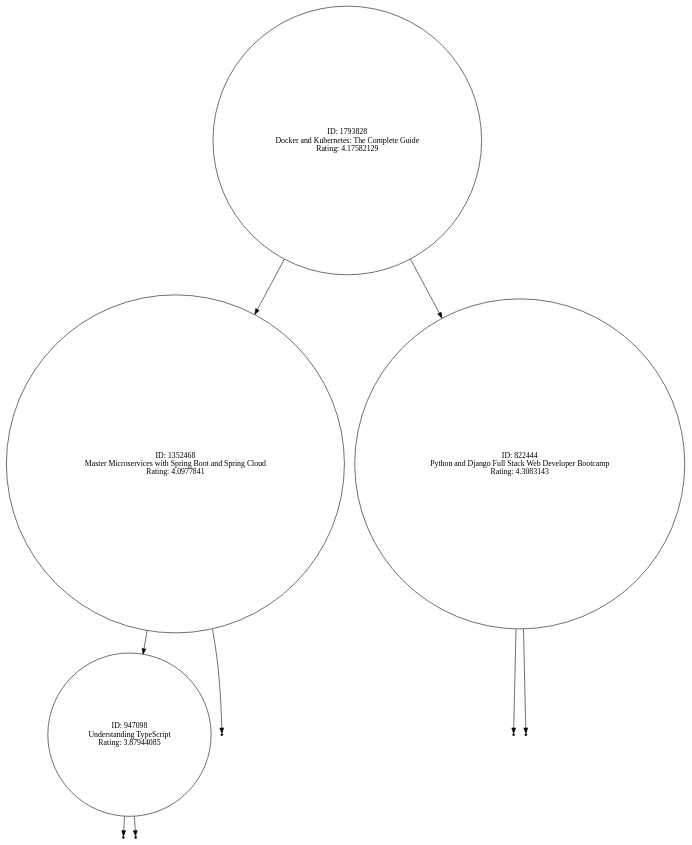
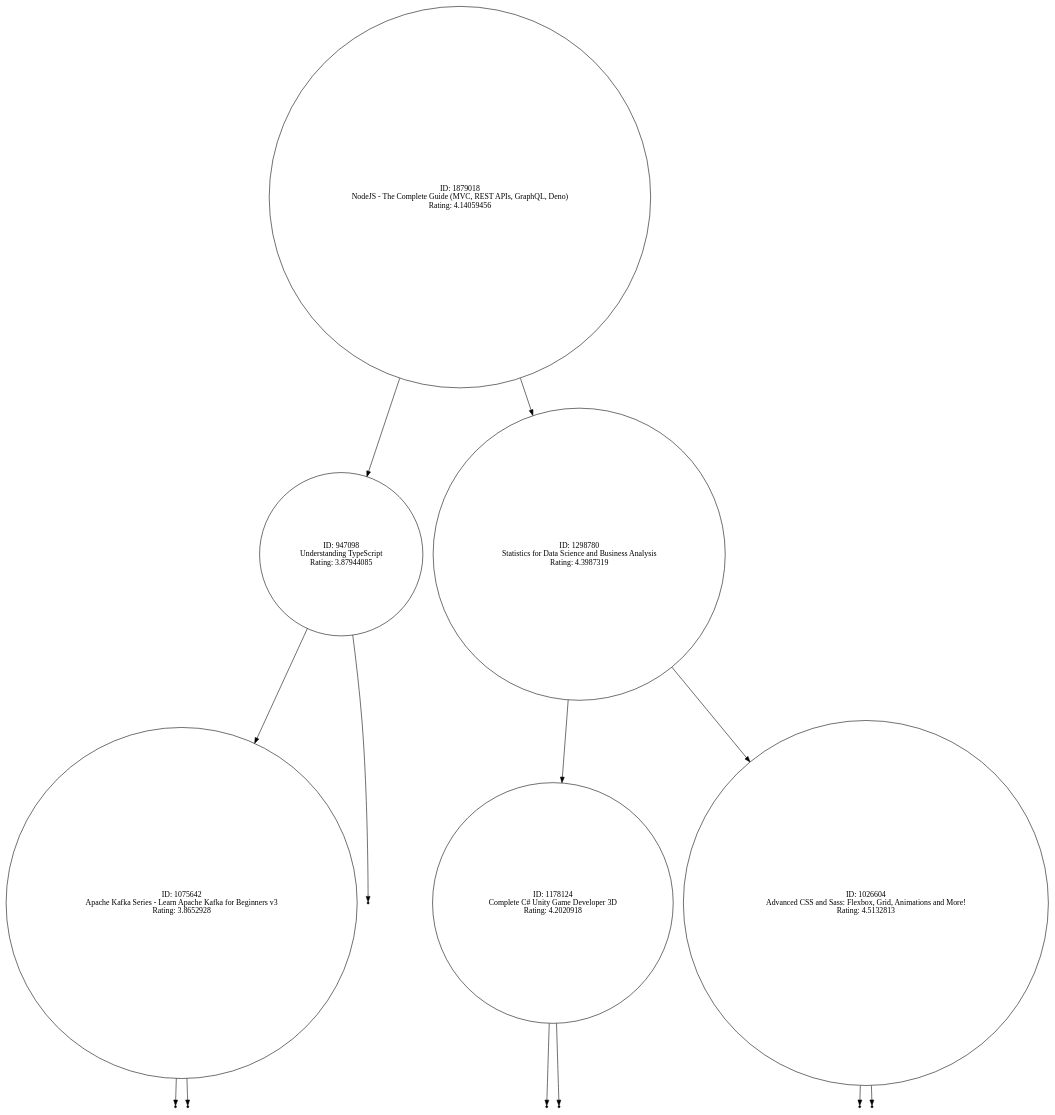
The diagram in arbol.dot (EstebanDeLaHoz0501/Laboratorio1ED2), drawn with Graphviz before and after one commit. The commit also changed 15 other files, not shown here.

```diff
--- a/arbol.dot
+++ b/arbol.dot
@@ -1,21 +1,29 @@
 digraph AVL {
 node [shape=circle];
 rankdir=TB;
-1793828 [label="ID: 1793828\nDocker and Kubernetes: The Complete Guide\nRating: 4.17582129"];
-1793828 -> 1352468;
-1352468 [label="ID: 1352468\nMaster Microservices with Spring Boot and Spring Cloud\nRating: 4.0977841"];
-1352468 -> 947098;
+1879018 [label="ID: 1879018\nNodeJS - The Complete Guide (MVC, REST APIs, GraphQL, Deno)\nRating: 4.14059456"];
+1879018 -> 947098;
 947098 [label="ID: 947098\nUnderstanding TypeScript\nRating: 3.87944085"];
-nullL947098 [shape=point];
-947098 -> nullL947098;
+947098 -> 1075642;
+1075642 [label="ID: 1075642\nApache Kafka Series - Learn Apache Kafka for Beginners v3\nRating: 3.8652928"];
+nullL1075642 [shape=point];
+1075642 -> nullL1075642;
+nullR1075642 [shape=point];
+1075642 -> nullR1075642;
 nullR947098 [shape=point];
 947098 -> nullR947098;
-nullR1352468 [shape=point];
-1352468 -> nullR1352468;
-1793828 -> 822444;
-822444 [label="ID: 822444\nPython and Django Full Stack Web Developer Bootcamp\nRating: 4.3083143"];
-nullL822444 [shape=point];
-822444 -> nullL822444;
-nullR822444 [shape=point];
-822444 -> nullR822444;
+1879018 -> 1298780;
+1298780 [label="ID: 1298780\nStatistics for Data Science and Business Analysis\nRating: 4.3987319"];
+1298780 -> 1178124;
+1178124 [label="ID: 1178124\nComplete C# Unity Game Developer 3D\nRating: 4.2020918"];
+nullL1178124 [shape=point];
+1178124 -> nullL1178124;
+nullR1178124 [shape=point];
+1178124 -> nullR1178124;
+1298780 -> 1026604;
+1026604 [label="ID: 1026604\nAdvanced CSS and Sass: Flexbox, Grid, Animations and More!\nRating: 4.5132813"];
+nullL1026604 [shape=point];
+1026604 -> nullL1026604;
+nullR1026604 [shape=point];
+1026604 -> nullR1026604;
 }
```
